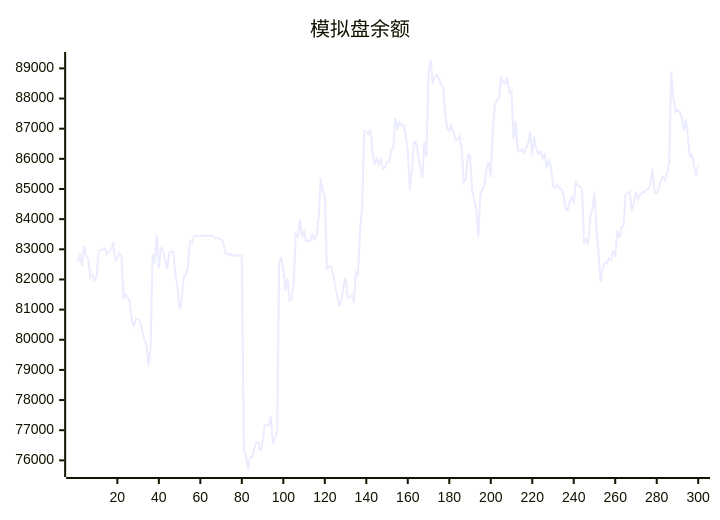
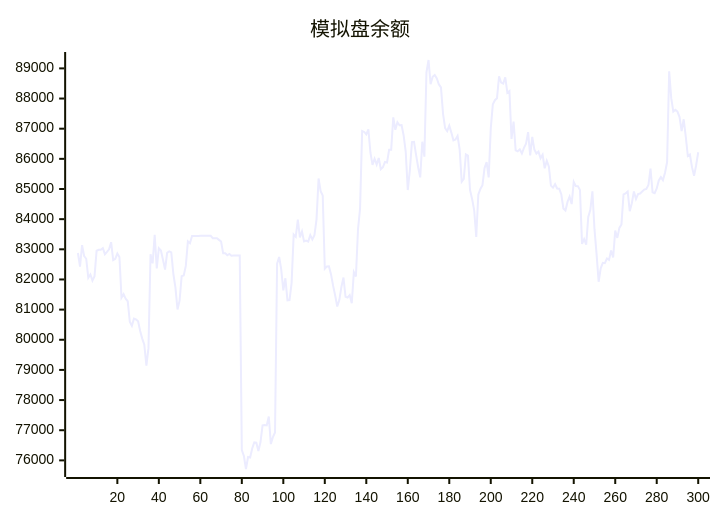
One commit to aahl/ai-trading changed the diagram in README.md. Above: the diagram before and after it, drawn with Mermaid. The commit also changed other lines of this file and 1 other file, not shown here.

````diff
--- a/README.md
+++ b/README.md
@@ -5,5 +5,5 @@
 ```mermaid
 xychart
     title "模拟盘余额"
-    line [82580,82878,82426,83139,82778,82686,82056,82166,81963,82110,82951,82983,82984,83038,82838,82915,82998,83235,82642,82682,82858,82746,81396,81512,81362,81277,80600,80461,80699,80673,80616,80288,80038,79836,79142,79722,82837,82533,83480,82366,83032,82960,82654,82330,82883,82934,82901,82188,81728,81005,81298,82110,82135,82449,83264,83203,83440,83439,83440,83440,83446,83447,83448,83447,83448,83449,83369,83369,83369,83313,83256,82872,82873,82801,82844,82785,82791,82791,82793,82794,76339,76145,75714,76110,76096,76397,76594,76585,76310,76607,77160,77170,77160,77456,76541,76774,76927,82520,82744,82337,81639,82040,81307,81314,81887,83490,83414,83984,83396,83594,83261,83287,83253,83470,83327,83465,83987,85348,84930,84786,82355,82433,82438,82167,81795,81466,81105,81315,81756,82064,81426,81398,81481,81210,82242,82099,83658,84359,86925,86892,86814,86980,86203,85802,86003,85811,86028,85657,85721,85896,85880,86300,86299,87378,86965,87214,87115,87118,86780,86238,84966,85623,86555,86562,86129,85722,85387,86569,86070,88870,89278,88477,88720,88781,88668,88467,88372,87493,87018,86917,87102,86870,86613,86644,86758,86317,85242,85334,86149,86106,84968,84671,84302,83410,84816,85001,85127,85693,85891,85384,87001,87811,87945,88007,88734,88528,88495,88705,88189,88248,86662,87234,86279,86251,86314,86177,86364,86503,86886,86114,86731,86310,86176,86240,86017,86136,85685,85938,85749,85111,85044,85164,85016,85008,84824,84354,84287,84572,84745,84500,85234,85096,85095,84970,83180,83338,83157,84070,84309,84922,83667,82850,81924,82369,82552,82539,82695,82648,82962,82728,83619,83378,83710,83825,84819,84854,84917,84265,84527,84919,84668,84834,84850,84916,84981,85004,85131,85674,84891,84864,85019,85284,85393,85294,85538,85894,88904,88012,87567,87625,87568,87386,86920,87313,86737,86094,86143,85725,85437,85787]
+    line [82878,82426,83139,82778,82686,82056,82166,81963,82110,82951,82983,82984,83038,82838,82915,82998,83235,82642,82682,82858,82746,81396,81512,81362,81277,80600,80461,80699,80673,80616,80288,80038,79836,79142,79722,82837,82533,83480,82366,83032,82960,82654,82330,82883,82934,82901,82188,81728,81005,81298,82110,82135,82449,83264,83203,83440,83439,83440,83440,83446,83447,83448,83447,83448,83449,83369,83369,83369,83313,83256,82872,82873,82801,82844,82785,82791,82791,82793,82794,76339,76145,75714,76110,76096,76397,76594,76585,76310,76607,77160,77170,77160,77456,76541,76774,76927,82520,82744,82337,81639,82040,81307,81314,81887,83490,83414,83984,83396,83594,83261,83287,83253,83470,83327,83465,83987,85348,84930,84786,82355,82433,82438,82167,81795,81466,81105,81315,81756,82064,81426,81398,81481,81210,82242,82099,83658,84359,86925,86892,86814,86980,86203,85802,86003,85811,86028,85657,85721,85896,85880,86300,86299,87378,86965,87214,87115,87118,86780,86238,84966,85623,86555,86562,86129,85722,85387,86569,86070,88870,89278,88477,88720,88781,88668,88467,88372,87493,87018,86917,87102,86870,86613,86644,86758,86317,85242,85334,86149,86106,84968,84671,84302,83410,84816,85001,85127,85693,85891,85384,87001,87811,87945,88007,88734,88528,88495,88705,88189,88248,86662,87234,86279,86251,86314,86177,86364,86503,86886,86114,86731,86310,86176,86240,86017,86136,85685,85938,85749,85111,85044,85164,85016,85008,84824,84354,84287,84572,84745,84500,85234,85096,85095,84970,83180,83338,83157,84070,84309,84922,83667,82850,81924,82369,82552,82539,82695,82648,82962,82728,83619,83378,83710,83825,84819,84854,84917,84265,84527,84919,84668,84834,84850,84916,84981,85004,85131,85674,84891,84864,85019,85284,85393,85294,85538,85894,88904,88012,87567,87625,87568,87386,86920,87313,86737,86094,86143,85725,85437,85787,86219]
 ```
````
